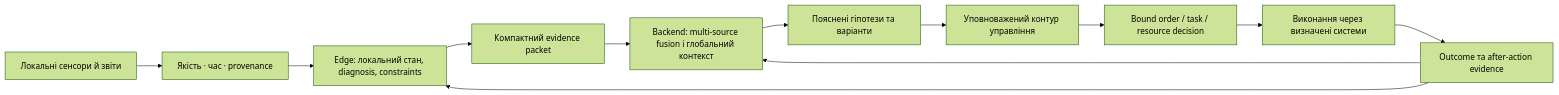
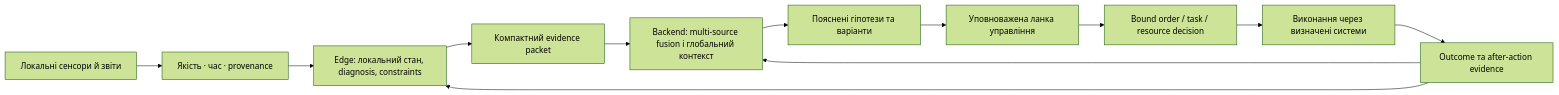
Before and after one commit to nick-fedchik/articles: the sixth of 7 diagrams in ExpertSystem/22-Cybernetics-Expert-Systems-Edge-Backend-UA.md, drawn with Mermaid (forest theme). The commit also changed other lines of this file, not shown here.

````diff
--- a/ExpertSystem/22-Cybernetics-Expert-Systems-Edge-Backend-UA.md
+++ b/ExpertSystem/22-Cybernetics-Expert-Systems-Edge-Backend-UA.md
@@ -481,14 +477,14 @@
 ```mermaid
 flowchart LR
     SR["Локальні сенсори й звіти"] --> EQ["Якість · час · provenance"]
     EQ --> LE["Edge: локальний стан, diagnosis, constraints"]
     LE --> PK["Компактний evidence packet"]
     PK --> GF["Backend: multi-source fusion і глобальний контекст"]
     GF --> ES["Пояснені гіпотези та варіанти"]
-    ES --> C2["Уповноважений контур управління"]
+    ES --> C2["Уповноважена ланка управління"]
     C2 --> AC["Bound order / task / resource decision"]
     AC --> EX["Виконання через визначені системи"]
     EX --> AO["Outcome та after-action evidence"]
     AO --> GF
     AO --> LE
 ```
````
